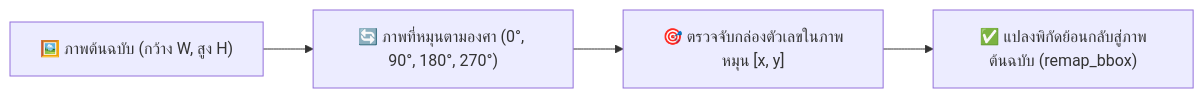
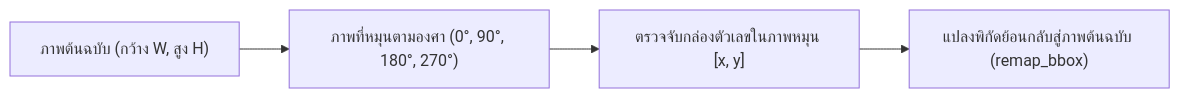
One commit to jirathxz/meter-reader changed the seventh of 17 diagrams in TUTORIAL.md. Above: the diagram before and after it, drawn with Mermaid. The commit also changed other lines of this file and 1 other file, not shown here.

Commit message:
style(docs): remove all emojis across documentation and mermaid diagrams

````diff
--- a/TUTORIAL.md
+++ b/TUTORIAL.md
@@ -726,6 +726,6 @@
 ```mermaid
 flowchart LR
-  A["🖼️ ภาพต้นฉบับ (กว้าง W, สูง H)"] --> B["🔄 ภาพที่หมุนตามองศา (0°, 90°, 180°, 270°)"]
-  B --> C["🎯 ตรวจจับกล่องตัวเลขในภาพหมุน [x, y]"]
-  C --> D["✅ แปลงพิกัดย้อนกลับสู่ภาพต้นฉบับ (remap_bbox)"]
+  A["ภาพต้นฉบับ (กว้าง W, สูง H)"] --> B["ภาพที่หมุนตามองศา (0°, 90°, 180°, 270°)"]
+  B --> C["ตรวจจับกล่องตัวเลขในภาพหมุน [x, y]"]
+  C --> D["แปลงพิกัดย้อนกลับสู่ภาพต้นฉบับ (remap_bbox)"]
 ```
````
